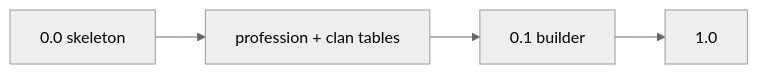
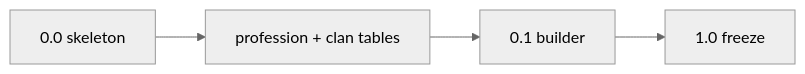
Before and after one commit to RossSim/archetypes: the diagram in docs/ROADMAP.md, drawn with Mermaid (neutral theme). The commit also changed other lines of this file and 10 other files, not shown here.

````diff
--- a/docs/ROADMAP.md
+++ b/docs/ROADMAP.md
@@ -13,6 +13,6 @@
 ```mermaid
 flowchart LR
   v00["0.0 skeleton"] --> catalogs["profession + clan tables"]
   catalogs --> v01["0.1 builder"]
-  v01 --> later["1.0"]
+  v01 --> v10["1.0 freeze"]
 ```
````
